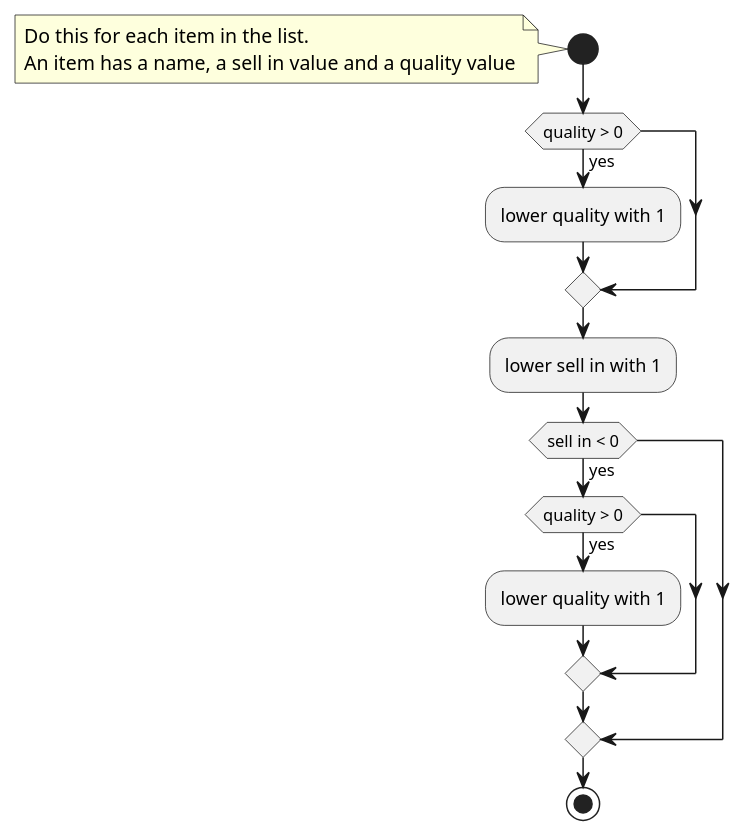
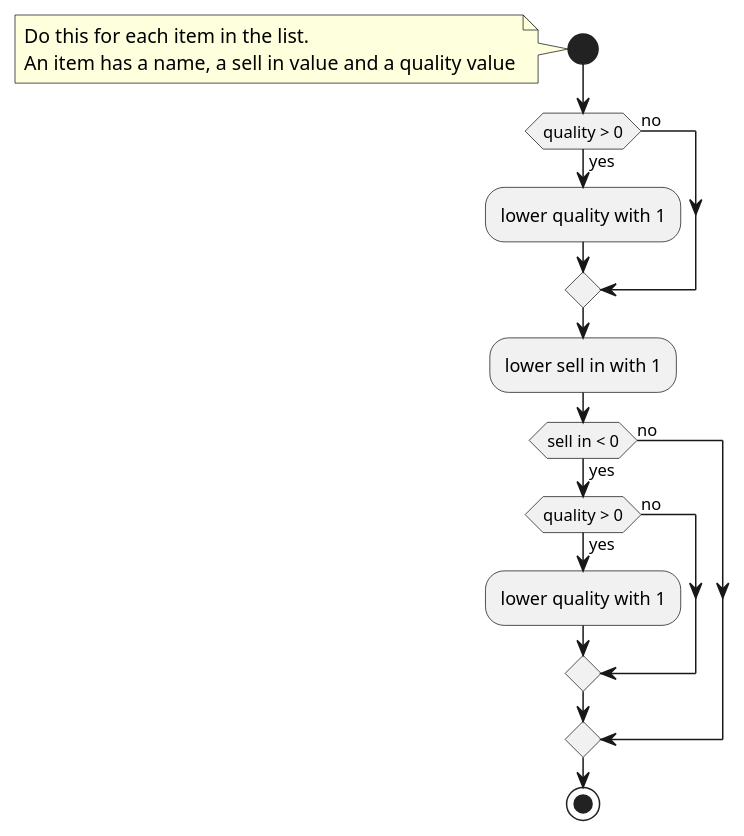
Before and after one commit to emilybache/GildedRose-Refactoring-Kata: the diagram in plantuml/history/03_quality-never-negative.puml, drawn with PlantUML. The commit also changed 6 other files, not shown here.

```diff
--- a/plantuml/history/03_quality-never-negative.puml
+++ b/plantuml/history/03_quality-never-negative.puml
@@ -1,23 +1,26 @@
 @startuml
 
 start
 note left
     Do this for each item in the list.
     An item has a name, a sell in value and a quality value
 end note
 
 if (quality > 0) then (yes)
     -lower quality with 1
+else (no)
 endif
 
 -lower sell in with 1
 
 if (sell in < 0) then (yes)
     if (quality > 0) then (yes)
         -lower quality with 1
+    else (no)
     endif
+else (no)
 endif
 
 stop
 
 @enduml
```
